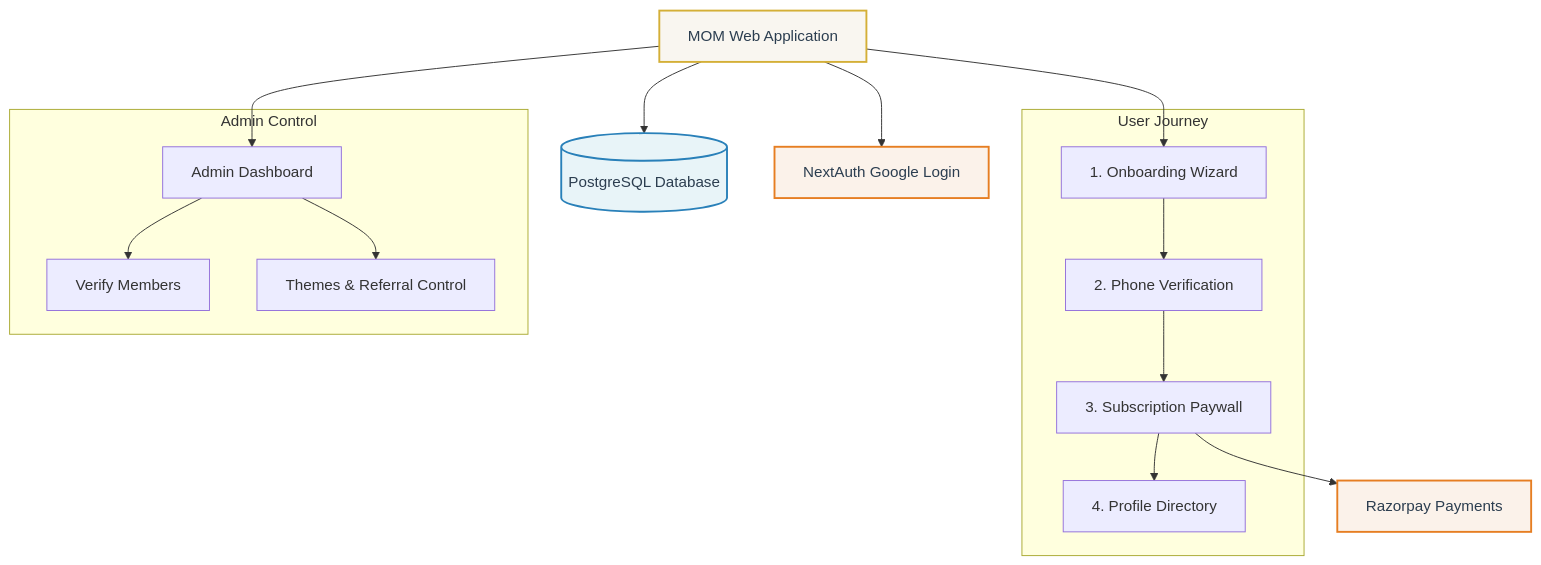
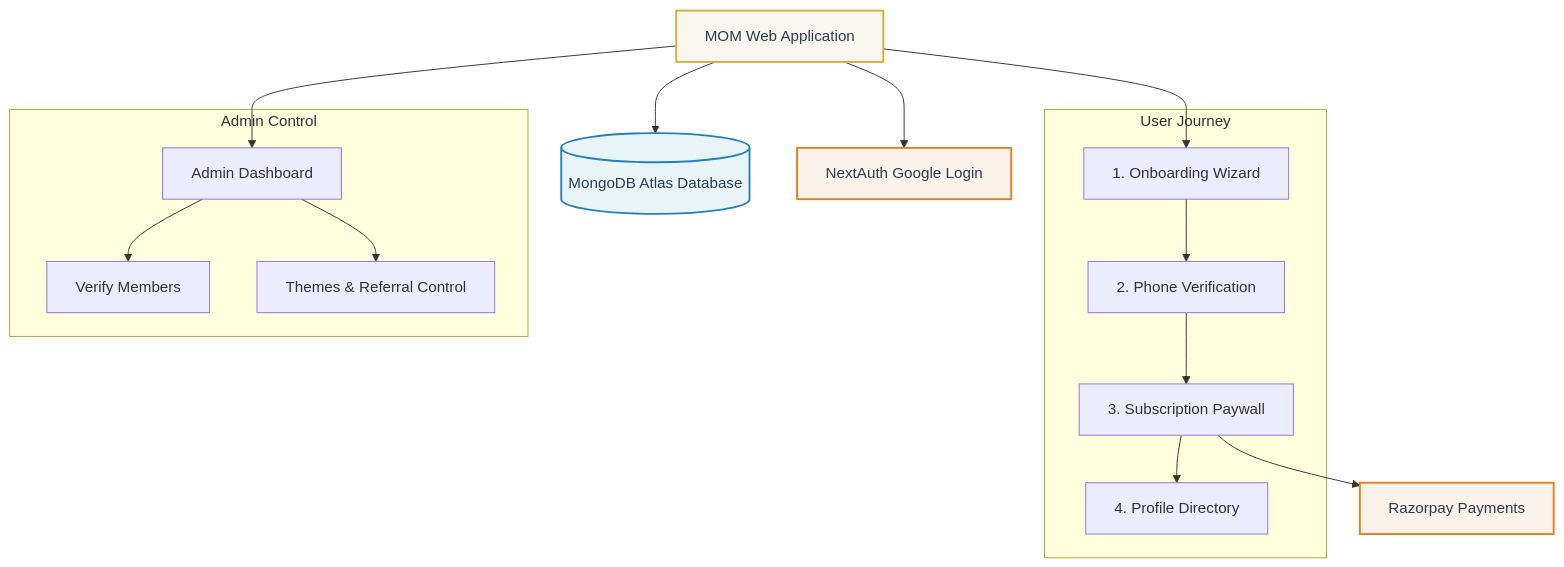
The diagram in PROJECT_NOTES.md (faizan1405/gulzar), drawn with Mermaid before and after one commit. The commit also changed other lines of this file and 6 other files, not shown here.

Commit message:
Migrate database provider from PostgreSQL to MongoDB Atlas

````diff
--- a/PROJECT_NOTES.md
+++ b/PROJECT_NOTES.md
@@ -39,34 +39,34 @@
 ```mermaid
 graph TD
     %% Styling
     classDef main fill:#f9f6f0,stroke:#d4af37,stroke-width:2px,color:#2c3e50;
     classDef database fill:#e8f4f8,stroke:#2980b9,stroke-width:2px,color:#2c3e50;
     classDef external fill:#fbf2ea,stroke:#e67e22,stroke-width:2px,color:#2c3e50;
     
     %% Main Architecture
     App[MOM Web Application]:::main
-    Database[(PostgreSQL Database)]:::database
+    Database[(MongoDB Atlas Database)]:::database
     Auth[NextAuth Google Login]:::external
     Razorpay[Razorpay Payments]:::external
 
     App --> Auth
     App --> Database
 
     %% User Flow
     subgraph User Journey
         Onboarding[1. Onboarding Wizard] --> Verification[2. Phone Verification]
         Verification --> Paywall[3. Subscription Paywall]
         Paywall --> Search[4. Profile Directory]
     end
     
     App --> Onboarding
     Paywall --> Razorpay
 
     %% Admin Flow
     subgraph Admin Control
         AdminPanel[Admin Dashboard] --> MemberVerify[Verify Members]
         AdminPanel --> Settings[Themes & Referral Control]
     end
     
     App --> AdminPanel
 ```
````
